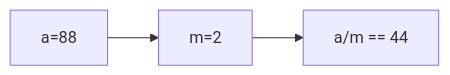
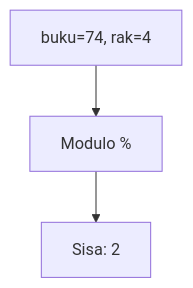
The third of 25 diagrams in part-c-pemahaman-cpp/01-tipe-data/latihan/set-07.md (amnahwaida/OSNK_INF_PREP), drawn with Mermaid before and after one commit. The commit also changed other lines of this file and 71 other files, not shown here.

````diff
--- a/part-c-pemahaman-cpp/01-tipe-data/latihan/set-07.md
+++ b/part-c-pemahaman-cpp/01-tipe-data/latihan/set-07.md
@@ -75,5 +80,5 @@
 ```mermaid
-graph LR
-A["a=88"] --> B["m=2"]
-B --> C["a/m == 44"]
+graph TD
+A["buku=74, rak=4"] --> B["Modulo %"]
+B --> C["Sisa: 2"]
 ```
````
